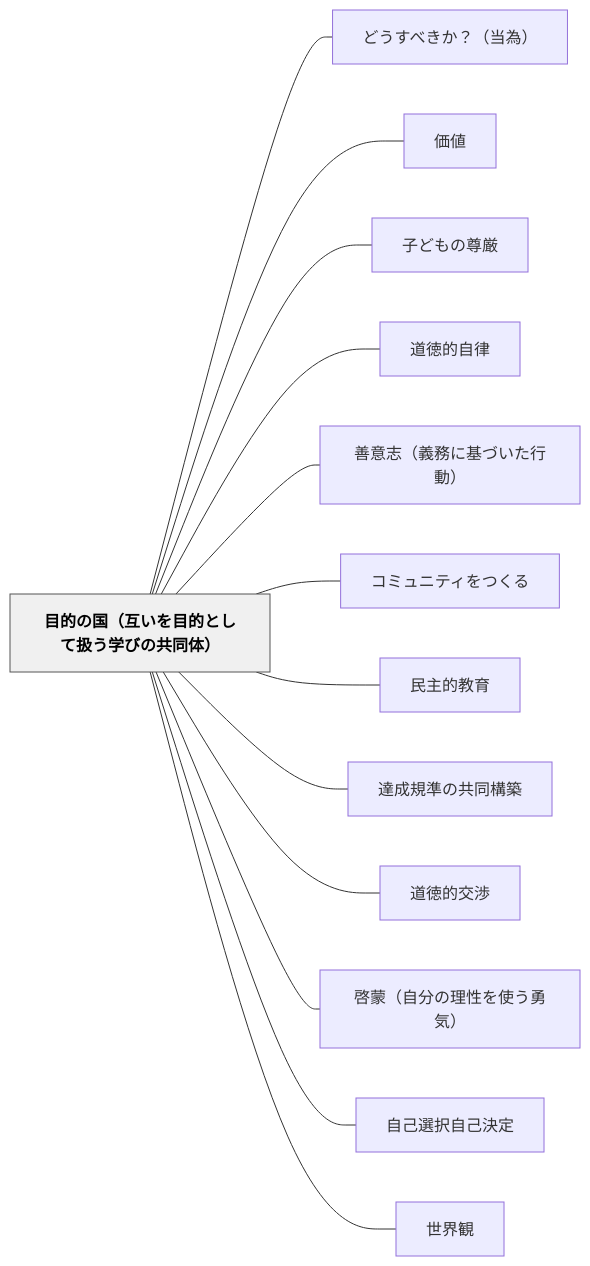
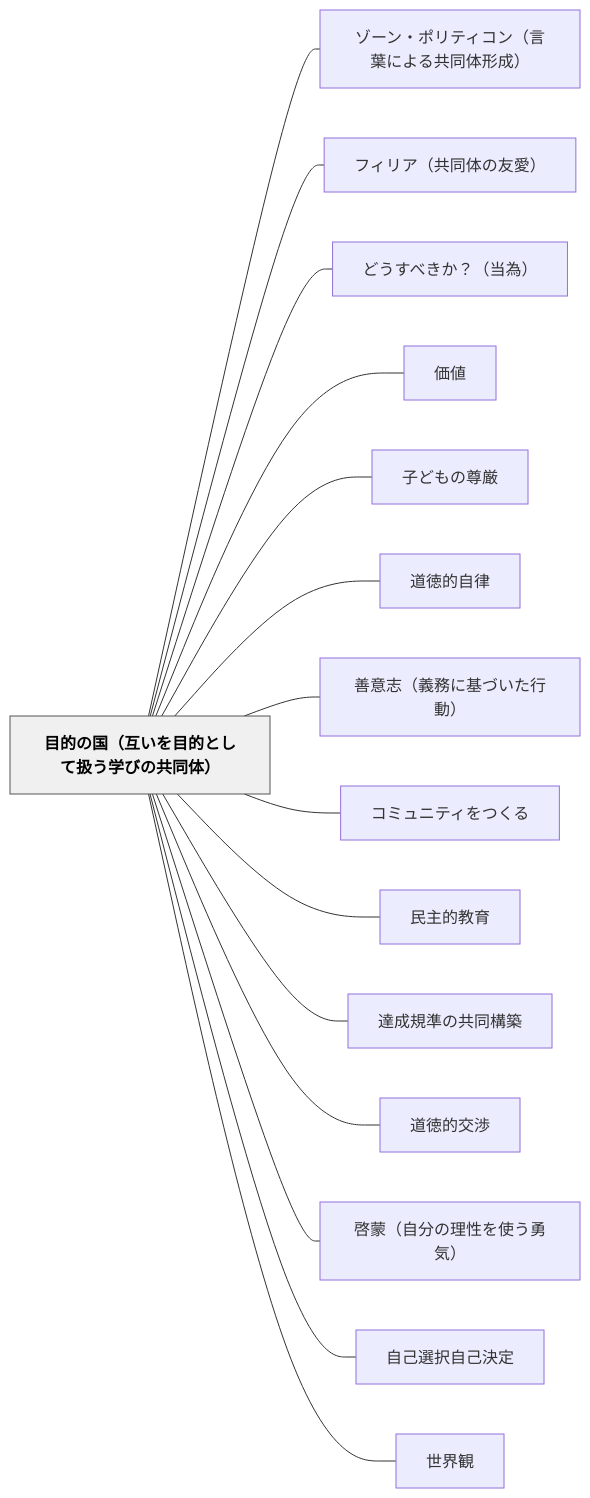
One commit to unknownthings-ed-patterns/unknownthings-ed-patterns changed the diagram in content/パタン/目的の国（互いを目的として扱う学びの共同体）.md. Above: the diagram before and after it, drawn with Mermaid. The commit also changed other lines of this file and 19 other files, not shown here.

````diff
--- a/content/パタン/目的の国（互いを目的として扱う学びの共同体）.md
+++ b/content/パタン/目的の国（互いを目的として扱う学びの共同体）.md
@@ -119,32 +121,36 @@
 ```mermaid
 flowchart LR
     ne79baee79a84e381aee59bbdefbc88e4ba92e38184e38292e79baee79a84e381a8e38197e381a6e689b1e38186e5ada6e381b3e381aee585b1e5908ce4bd93efbc89["目的の国（互いを目的として扱う学びの共同体）"]
+    ne382bee383bce383b3e383bbe3839de383aae38386e382a3e382b3e383b3efbc88e8a880e89189e381abe38288e3828be585b1e5908ce4bd93e5bda2e68890efbc89["ゾーン・ポリティコン（言葉による共同体形成）"]
+    ne38395e382a3e383aae382a2efbc88e585b1e5908ce4bd93e381aee58f8be6849befbc89["フィリア（共同体の友愛）"]
     ne381a9e38186e38199e381b9e3818de3818befbc9fefbc88e5bd93e782baefbc89["どうすべきか？（当為）"]
     ne4bea1e580a4["価値"]
     ne5ad90e381a9e38282e381aee5b08ae58eb3["子どもの尊厳"]
     ne98193e5beb3e79a84e887aae5be8b["道徳的自律"]
     ne59684e6848fe5bf97efbc88e7bea9e58b99e381abe59fbae381a5e38184e3819fe8a18ce58b95efbc89["善意志（義務に基づいた行動）"]
     ne382b3e3839fe383a5e3838be38386e382a3e38292e381a4e3818fe3828b["コミュニティをつくる"]
     ne6b091e4b8bbe79a84e69599e882b2["民主的教育"]
     ne98194e68890e8a68fe6ba96e381aee585b1e5908ce6a78be7af89["達成規準の共同構築"]
     ne98193e5beb3e79a84e4baa4e6b889["道徳的交渉"]
     ne59593e89299efbc88e887aae58886e381aee79086e680a7e38292e4bdbfe38186e58b87e6b097efbc89["啓蒙（自分の理性を使う勇気）"]
     ne887aae5b7b1e981b8e68a9ee887aae5b7b1e6b1bae5ae9a["自己選択自己決定"]
     ne4b896e7958ce8a6b3["世界観"]
 
+    ne79baee79a84e381aee59bbdefbc88e4ba92e38184e38292e79baee79a84e381a8e38197e381a6e689b1e38186e5ada6e381b3e381aee585b1e5908ce4bd93efbc89 --- ne382bee383bce383b3e383bbe3839de383aae38386e382a3e382b3e383b3efbc88e8a880e89189e381abe38288e3828be585b1e5908ce4bd93e5bda2e68890efbc89
+    ne79baee79a84e381aee59bbdefbc88e4ba92e38184e38292e79baee79a84e381a8e38197e381a6e689b1e38186e5ada6e381b3e381aee585b1e5908ce4bd93efbc89 --- ne38395e382a3e383aae382a2efbc88e585b1e5908ce4bd93e381aee58f8be6849befbc89
     ne79baee79a84e381aee59bbdefbc88e4ba92e38184e38292e79baee79a84e381a8e38197e381a6e689b1e38186e5ada6e381b3e381aee585b1e5908ce4bd93efbc89 --- ne381a9e38186e38199e381b9e3818de3818befbc9fefbc88e5bd93e782baefbc89
     ne79baee79a84e381aee59bbdefbc88e4ba92e38184e38292e79baee79a84e381a8e38197e381a6e689b1e38186e5ada6e381b3e381aee585b1e5908ce4bd93efbc89 --- ne4bea1e580a4
     ne79baee79a84e381aee59bbdefbc88e4ba92e38184e38292e79baee79a84e381a8e38197e381a6e689b1e38186e5ada6e381b3e381aee585b1e5908ce4bd93efbc89 --- ne5ad90e381a9e38282e381aee5b08ae58eb3
     ne79baee79a84e381aee59bbdefbc88e4ba92e38184e38292e79baee79a84e381a8e38197e381a6e689b1e38186e5ada6e381b3e381aee585b1e5908ce4bd93efbc89 --- ne98193e5beb3e79a84e887aae5be8b
     ne79baee79a84e381aee59bbdefbc88e4ba92e38184e38292e79baee79a84e381a8e38197e381a6e689b1e38186e5ada6e381b3e381aee585b1e5908ce4bd93efbc89 --- ne59684e6848fe5bf97efbc88e7bea9e58b99e381abe59fbae381a5e38184e3819fe8a18ce58b95efbc89
     ne79baee79a84e381aee59bbdefbc88e4ba92e38184e38292e79baee79a84e381a8e38197e381a6e689b1e38186e5ada6e381b3e381aee585b1e5908ce4bd93efbc89 --- ne382b3e3839fe383a5e3838be38386e382a3e38292e381a4e3818fe3828b
     ne79baee79a84e381aee59bbdefbc88e4ba92e38184e38292e79baee79a84e381a8e38197e381a6e689b1e38186e5ada6e381b3e381aee585b1e5908ce4bd93efbc89 --- ne6b091e4b8bbe79a84e69599e882b2
     ne79baee79a84e381aee59bbdefbc88e4ba92e38184e38292e79baee79a84e381a8e38197e381a6e689b1e38186e5ada6e381b3e381aee585b1e5908ce4bd93efbc89 --- ne98194e68890e8a68fe6ba96e381aee585b1e5908ce6a78be7af89
     ne79baee79a84e381aee59bbdefbc88e4ba92e38184e38292e79baee79a84e381a8e38197e381a6e689b1e38186e5ada6e381b3e381aee585b1e5908ce4bd93efbc89 --- ne98193e5beb3e79a84e4baa4e6b889
     ne79baee79a84e381aee59bbdefbc88e4ba92e38184e38292e79baee79a84e381a8e38197e381a6e689b1e38186e5ada6e381b3e381aee585b1e5908ce4bd93efbc89 --- ne59593e89299efbc88e887aae58886e381aee79086e680a7e38292e4bdbfe38186e58b87e6b097efbc89
     ne79baee79a84e381aee59bbdefbc88e4ba92e38184e38292e79baee79a84e381a8e38197e381a6e689b1e38186e5ada6e381b3e381aee585b1e5908ce4bd93efbc89 --- ne887aae5b7b1e981b8e68a9ee887aae5b7b1e6b1bae5ae9a
     ne79baee79a84e381aee59bbdefbc88e4ba92e38184e38292e79baee79a84e381a8e38197e381a6e689b1e38186e5ada6e381b3e381aee585b1e5908ce4bd93efbc89 --- ne4b896e7958ce8a6b3
 
     classDef hub fill:#f0f0f0,stroke:#555,color:#000,font-weight:bold
     class ne79baee79a84e381aee59bbdefbc88e4ba92e38184e38292e79baee79a84e381a8e38197e381a6e689b1e38186e5ada6e381b3e381aee585b1e5908ce4bd93efbc89 hub
 ```
````
